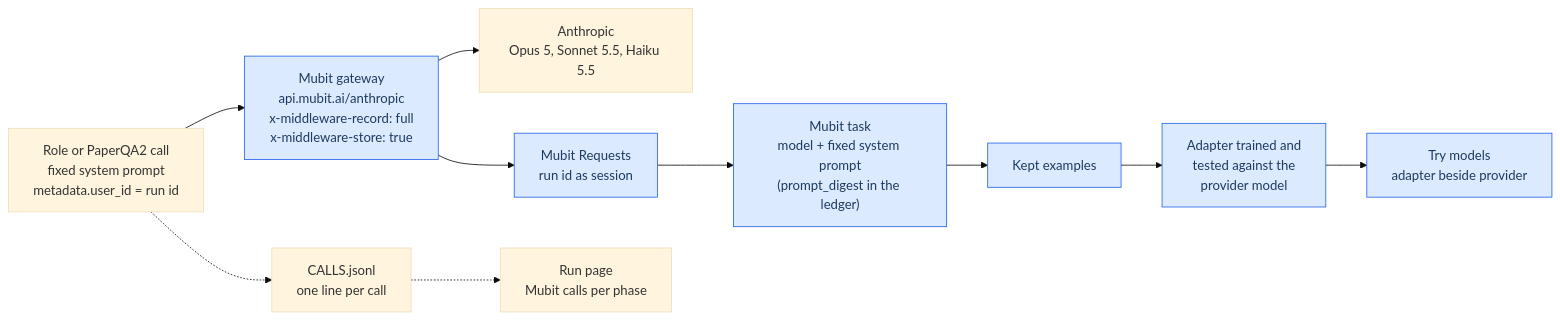
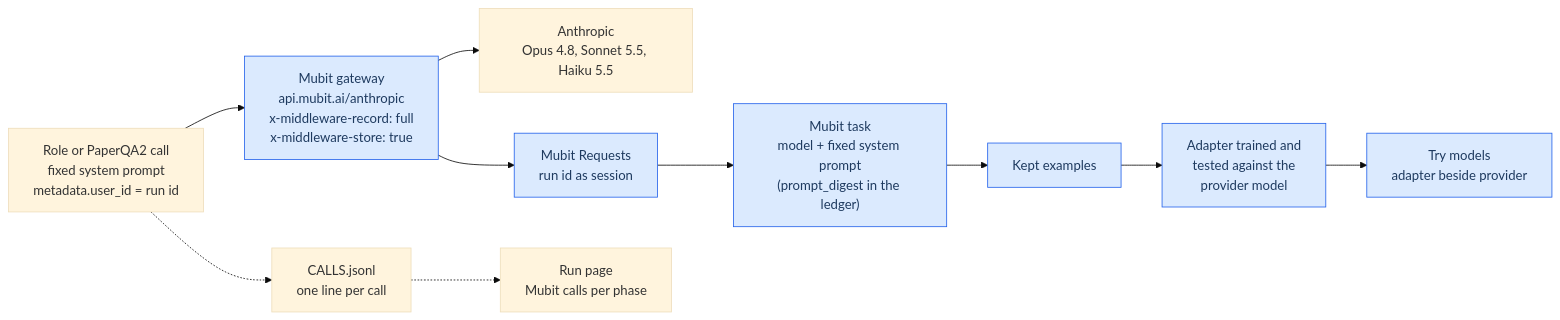
One commit to persistentepiphany/mubit-experiments-hackathon changed the first of 2 diagrams in README.md. Above: the diagram before and after it, drawn with Mermaid (base theme). The commit also changed other lines of this file and 2 other files, not shown here.

Commit message:
Plan and review with Opus 4.8, and mark runs whose orchestrator stopped as interrupted

````diff
--- a/README.md
+++ b/README.md
@@ -25,23 +25,23 @@
 ```mermaid
 flowchart LR
     accTitle: How a model call reaches Mubit
     accDescr: A role or PaperQA2 call goes through the Mubit gateway, which forwards it to Anthropic and records it. Mubit groups recorded calls into a task by model and fixed system prompt, keeps them as examples and trains an adapter that Try models compares with the provider model. Each call is also written to the run ledger, which the run page reads.
 
     roleCall["Role or PaperQA2 call<br/>fixed system prompt<br/>metadata.user_id = run id"]
     gw["Mubit gateway<br/>api.mubit.ai/anthropic<br/>x-middleware-record: full<br/>x-middleware-store: true"]
-    anth["Anthropic<br/>Opus 5, Sonnet 5.5, Haiku 5.5"]
+    anth["Anthropic<br/>Opus 4.8, Sonnet 5.5, Haiku 5.5"]
     req["Mubit Requests<br/>run id as session"]
     task["Mubit task<br/>model + fixed system prompt<br/>(prompt_digest in the ledger)"]
     ex["Kept examples"]
     ad["Adapter trained and<br/>tested against the<br/>provider model"]
     tryModels["Try models<br/>adapter beside provider"]
     ledger["CALLS.jsonl<br/>one line per call"]
     runPage["Run page<br/>Mubit calls per phase"]
 
     roleCall --> gw --> anth
     gw --> req --> task --> ex --> ad --> tryModels
     roleCall -.-> ledger -.-> runPage
 
     classDef mubit fill:#dbeafe,stroke:#2563eb,color:#1e3a5f
     class gw,req,task,ex,ad,tryModels mubit
 ```
````
